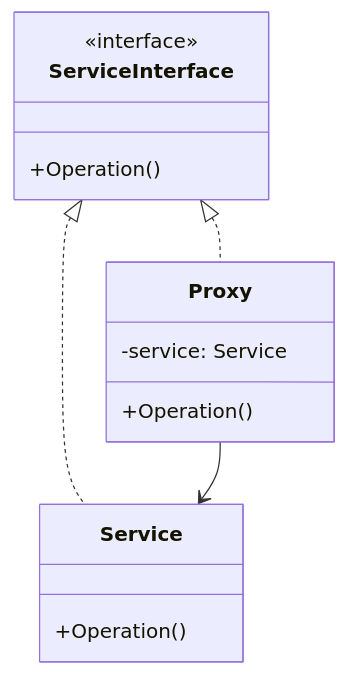
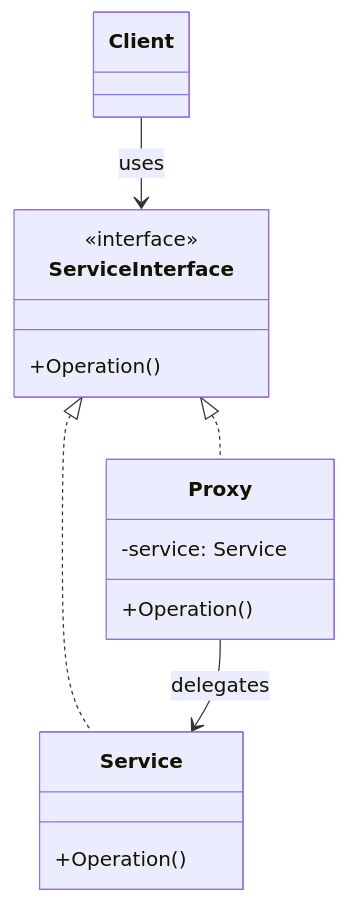
Before and after one commit to minijb/Wiki: the seventh of 8 diagrams in raw/cs/design-patterns/structural-patterns.md, drawn with Mermaid. The commit also changed other lines of this file and 962 other files, not shown here.

````diff
--- a/raw/cs/design-patterns/structural-patterns.md
+++ b/raw/cs/design-patterns/structural-patterns.md
@@ -759,18 +1008,20 @@
 ```mermaid
 classDiagram
     class ServiceInterface {
         <<interface>>
         +Operation()
     }
     class Service {
         +Operation()
     }
     class Proxy {
         -service: Service
         +Operation()
     }
+    class Client
 
     ServiceInterface <|.. Service
     ServiceInterface <|.. Proxy
-    Proxy --> Service
+    Proxy --> Service : delegates
+    Client --> ServiceInterface : uses
 ```
````
